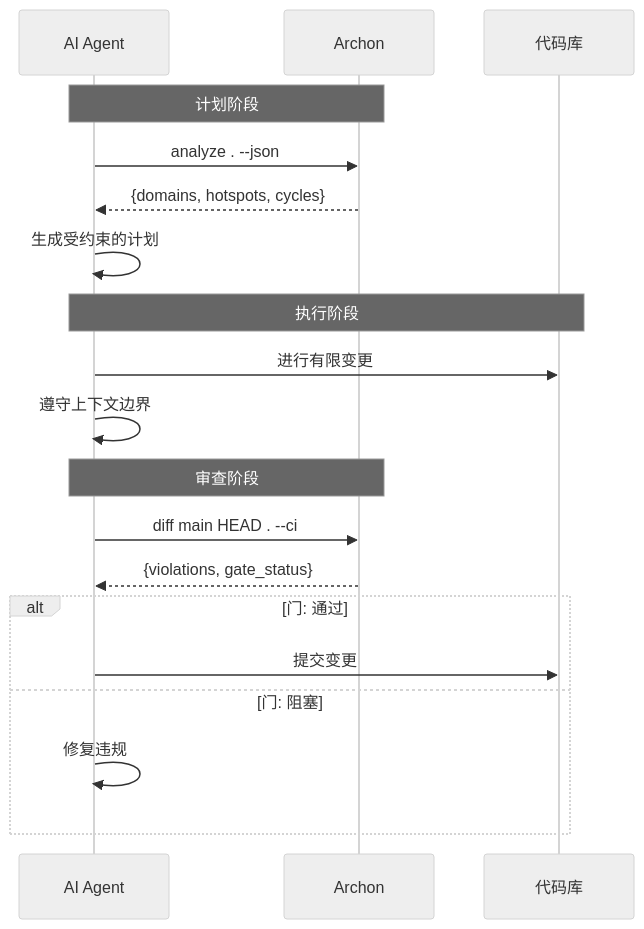
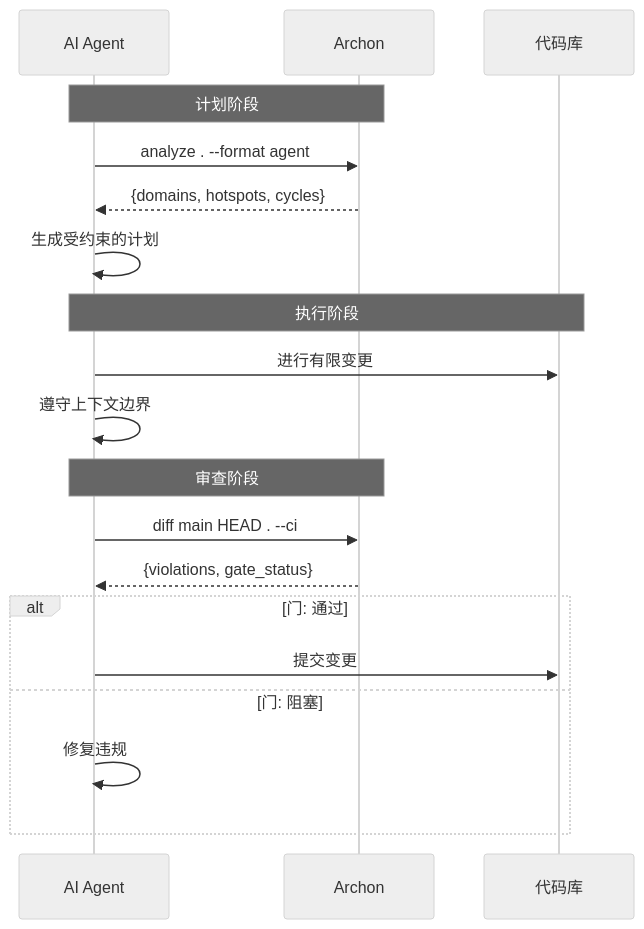
One commit to Schr0d/Archon changed the diagram in README-zh.md. Above: the diagram before and after it, drawn with Mermaid (neutral theme). The commit also changed other lines of this file and 6 other files, not shown here.

````diff
--- a/README-zh.md
+++ b/README-zh.md
@@ -96,25 +96,25 @@
 ```mermaid
 sequenceDiagram
     participant AI as AI Agent
     participant Archon as Archon
     participant Repo as 代码库
 
     Note over AI,Archon: 计划阶段
-    AI->>Archon: analyze . --json
+    AI->>Archon: analyze . --format agent
     Archon-->>AI: {domains, hotspots, cycles}
     AI->>AI: 生成受约束的计划
 
     Note over AI,Repo: 执行阶段
     AI->>Repo: 进行有限变更
     AI->>AI: 遵守上下文边界
 
     Note over AI,Archon: 审查阶段
     AI->>Archon: diff main HEAD . --ci
     Archon-->>AI: {violations, gate_status}
 
     alt 门: 通过
         AI->>Repo: 提交变更
     else 门: 阻塞
         AI->>AI: 修复违规
     end
 ```
````
